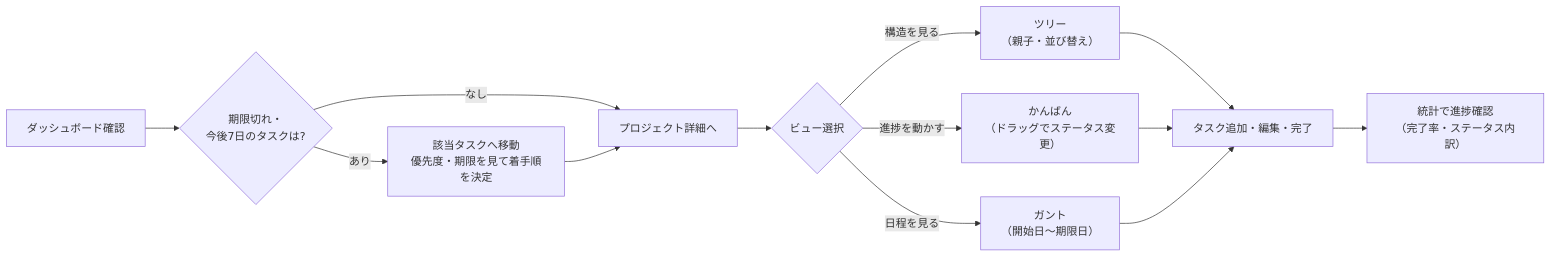
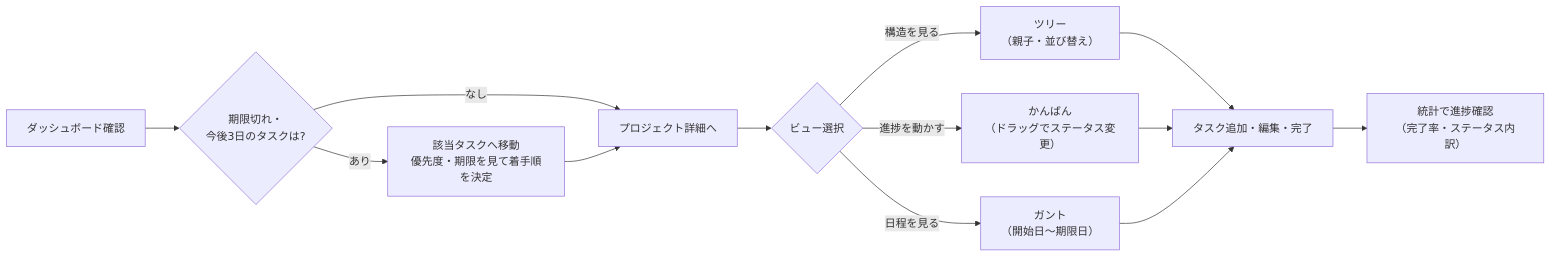
Before and after one commit to ai-natsu/task-master: the second of 3 diagrams in docs/REQUIREMENTS.md, drawn with Mermaid. The commit also changed 2 other files, not shown here.

Commit message:
fix: unify dueSoon window to 3 days across code and docs
Dashboard の「もうすぐ期限」カードのラベルがサーバー集計（3日）と不一致
（7日表記）だった問題を、3日に統一して解消。

- client: 統計カードのラベルを「7日以内に期限」→「3日以内に期限」
- docs/REQUIREMENTS.md: §5.2 業務フロー図「今後7日」→「今後3日」
- docs/SCREEN_DESIGN.md: 画面レイアウト・I-0106 のラベルを統一、注1 を解消済みに更新

これで stats.ts の集計・要件 FR-D4・UIラベル・§5.2 フロー図がすべて
「未完了かつ3日以内」で一致する。completedLast7Days（FR-D5）は別指標
のため7日のまま。

````diff
--- a/docs/REQUIREMENTS.md
+++ b/docs/REQUIREMENTS.md
@@ -109,13 +109,13 @@
 ```mermaid
 flowchart LR
-  S["ダッシュボード確認"] --> O{"期限切れ・<br/>今後7日のタスクは?"}
+  S["ダッシュボード確認"] --> O{"期限切れ・<br/>今後3日のタスクは?"}
   O -->|あり| P["該当タスクへ移動<br/>優先度・期限を見て着手順を決定"]
   O -->|なし| Q["プロジェクト詳細へ"]
   P --> Q
   Q --> V{"ビュー選択"}
   V -->|構造を見る| T["ツリー<br/>（親子・並び替え）"]
   V -->|進捗を動かす| K["かんばん<br/>（ドラッグでステータス変更）"]
   V -->|日程を見る| GN["ガント<br/>（開始日〜期限日）"]
   T & K & GN --> U["タスク追加・編集・完了"]
   U --> W["統計で進捗確認<br/>（完了率・ステータス内訳）"]
 ```
````
